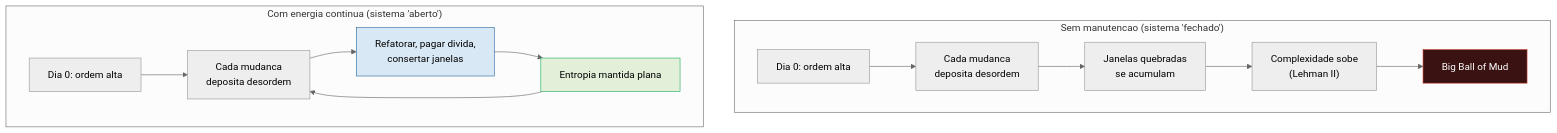
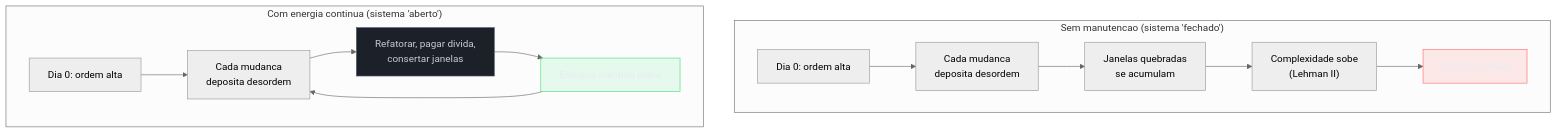
Before and after one commit to josenaldo/codex-technomanticus: the fourth of 4 diagrams in 03-Dominios/Engenharia/Complexidade de Software/13 - Entropia de software e decaimento.md, drawn with Mermaid (neutral theme). The commit also changed other lines of this file and 1181 other files, not shown here.

First line of the commit message:
fix(diagramas): paleta do sistema no lugar de cor cravada no markdown

````diff
--- a/03-Dominios/Engenharia/Complexidade de Software/13 - Entropia de software e decaimento.md
+++ b/03-Dominios/Engenharia/Complexidade de Software/13 - Entropia de software e decaimento.md
@@ -292,20 +297,23 @@
 ```mermaid
 flowchart TD
+    classDef falha fill:#FF6B6B24,stroke:#FF6B6B,color:#E9ECF2
+    classDef ok fill:#4ADE8021,stroke:#4ADE80,color:#E9ECF2
+    classDef neutro fill:#1B2029,stroke:#4E5666,color:#C6CCD8
     subgraph SemEnergia["Sem manutencao (sistema 'fechado')"]
         S0["Dia 0: ordem alta"] --> S1["Cada mudanca<br/>deposita desordem"]
         S1 --> S2["Janelas quebradas<br/>se acumulam"]
         S2 --> S3["Complexidade sobe<br/>(Lehman II)"]
         S3 --> S4["Big Ball of Mud"]
     end
 
     subgraph ComEnergia["Com energia continua (sistema 'aberto')"]
         E0["Dia 0: ordem alta"] --> E1["Cada mudanca<br/>deposita desordem"]
         E1 --> E2["Refatorar, pagar divida,<br/>consertar janelas"]
         E2 --> E3["Entropia mantida plana"]
         E3 --> E1
     end
 
-    style S4 fill:#3a1212,color:#fff,stroke:#c0392b
-    style E3 fill:#e2f0d9,stroke:#27ae60
-    style E2 fill:#d9e8f5,stroke:#2e6da4
+    class S4 falha
+    class E3 ok
+    class E2 neutro
 ```
````
